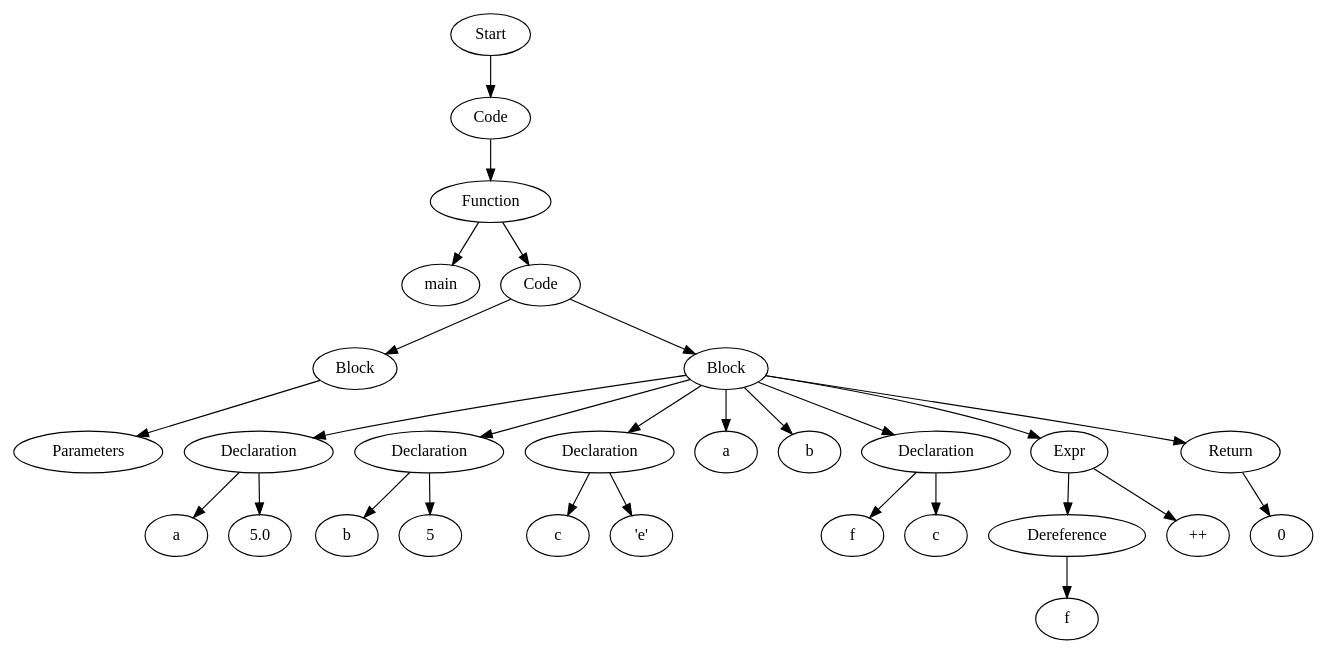
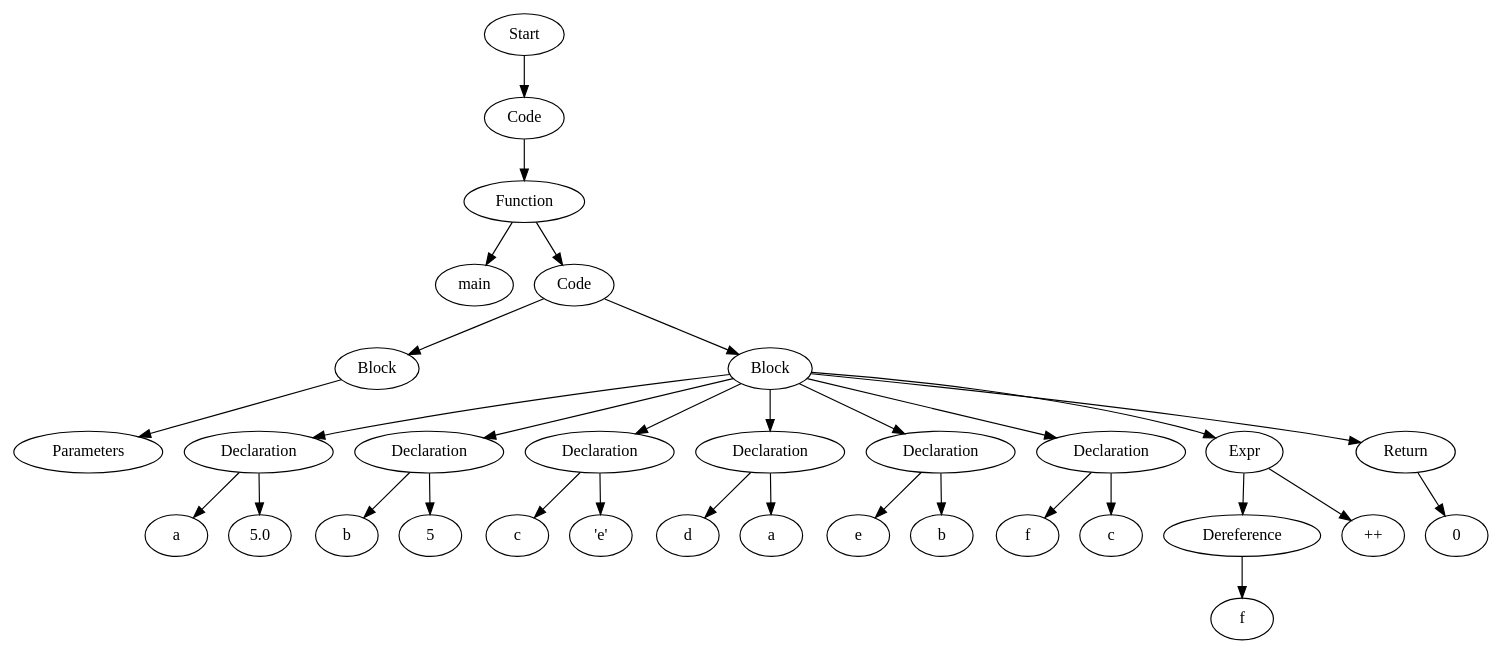
One commit to Are-you-listening/Compilers changed the diagram in example_source_files/12_pointers_to_const_values/12_pointers_to_const_values_ast.dot. Above: the diagram before and after it, drawn with Graphviz. The commit also changed 413 other files, not shown here.

```diff
--- a/example_source_files/12_pointers_to_const_values/12_pointers_to_const_values_ast.dot
+++ b/example_source_files/12_pointers_to_const_values/12_pointers_to_const_values_ast.dot
@@ -1,57 +1,65 @@
 digraph AST {
-  "138081629205840" [label="Start"];
-  "138081629205840" -> "138081629202960";
-  "138081629202960" [label="Code"];
-  "138081629202960" -> "138081629198400";
-  "138081629198400" [label="Function"];
-  "138081629198400" -> "138081629206464";
-  "138081629198400" -> "138081629195760";
-  "138081629206464" [label="main"];
-  "138081629195760" [label="Code"];
-  "138081629195760" -> "138081629415424";
-  "138081629195760" -> "138081629406256";
-  "138081629415424" [label="Block"];
-  "138081629415424" -> "138081629199984";
-  "138081629199984" [label="Parameters"];
-  "138081629406256" [label="Block"];
-  "138081629406256" -> "138081629200416";
-  "138081629406256" -> "138081629207328";
-  "138081629406256" -> "138081629407696";
-  "138081629406256" -> "138081629420128";
-  "138081629406256" -> "138081629411440";
-  "138081629406256" -> "138081629415760";
-  "138081629406256" -> "138081629364304";
-  "138081629406256" -> "138081629365216";
-  "138081629200416" [label="Declaration"];
-  "138081629200416" -> "138081629198928";
-  "138081629200416" -> "138081629207040";
-  "138081629198928" [label="a"];
-  "138081629207040" [label="5.0"];
-  "138081629207328" [label="Declaration"];
-  "138081629207328" -> "138081629202432";
-  "138081629207328" -> "138081629420416";
-  "138081629202432" [label="b"];
-  "138081629420416" [label="5"];
-  "138081629407696" [label="Declaration"];
-  "138081629407696" -> "138081629411584";
-  "138081629407696" -> "138081629419744";
-  "138081629411584" [label="c"];
-  "138081629419744" [label="'e'"];
-  "138081629420128" [label="a"];
-  "138081629411440" [label="b"];
-  "138081629415760" [label="Declaration"];
-  "138081629415760" -> "138081629405728";
-  "138081629415760" -> "138081629361808";
-  "138081629405728" [label="f"];
-  "138081629361808" [label="c"];
-  "138081629364304" [label="Expr"];
-  "138081629364304" -> "138081629361280";
-  "138081629364304" -> "138081629370592";
-  "138081629361280" [label="Dereference"];
-  "138081629361280" -> "138081629367760";
-  "138081629367760" [label="f"];
-  "138081629370592" [label="++"];
-  "138081629365216" [label="Return"];
-  "138081629365216" -> "138081629362000";
-  "138081629362000" [label="0"];
+  "131879696016352" [label="Start"];
+  "131879696016352" -> "131879696014960";
+  "131879696014960" [label="Code"];
+  "131879696014960" -> "131879696015296";
+  "131879696015296" [label="Function"];
+  "131879696015296" -> "131879694574368";
+  "131879696015296" -> "131879694574128";
+  "131879694574368" [label="main"];
+  "131879694574128" [label="Code"];
+  "131879694574128" -> "131879694693184";
+  "131879694574128" -> "131879694625392";
+  "131879694693184" [label="Block"];
+  "131879694693184" -> "131879694574896";
+  "131879694574896" [label="Parameters"];
+  "131879694625392" [label="Block"];
+  "131879694625392" -> "131879694571920";
+  "131879694625392" -> "131879694570480";
+  "131879694625392" -> "131879694618672";
+  "131879694625392" -> "131879694622464";
+  "131879694625392" -> "131879694223776";
+  "131879694625392" -> "131879694224064";
+  "131879694625392" -> "131879693391936";
+  "131879694625392" -> "131879693392896";
+  "131879694571920" [label="Declaration"];
+  "131879694571920" -> "131879694574848";
+  "131879694571920" -> "131879694576720";
+  "131879694574848" [label="a"];
+  "131879694576720" [label="5.0"];
+  "131879694570480" [label="Declaration"];
+  "131879694570480" -> "131879694577248";
+  "131879694570480" -> "131879694566112";
+  "131879694577248" [label="b"];
+  "131879694566112" [label="5"];
+  "131879694618672" [label="Declaration"];
+  "131879694618672" -> "131879694615360";
+  "131879694618672" -> "131879694628368";
+  "131879694615360" [label="c"];
+  "131879694628368" [label="'e'"];
+  "131879694622464" [label="Declaration"];
+  "131879694622464" -> "131879694621168";
+  "131879694622464" -> "131879694230448";
+  "131879694621168" [label="d"];
+  "131879694230448" [label="a"];
+  "131879694223776" [label="Declaration"];
+  "131879694223776" -> "131879694230544";
+  "131879694223776" -> "131879694223680";
+  "131879694230544" [label="e"];
+  "131879694223680" [label="b"];
+  "131879694224064" [label="Declaration"];
+  "131879694224064" -> "131879693386992";
+  "131879694224064" -> "131879693391552";
+  "131879693386992" [label="f"];
+  "131879693391552" [label="c"];
+  "131879693391936" [label="Expr"];
+  "131879693391936" -> "131879693393328";
+  "131879693391936" -> "131879693392560";
+  "131879693393328" [label="Dereference"];
+  "131879693393328" -> "131879693392512";
+  "131879693392512" [label="f"];
+  "131879693392560" [label="++"];
+  "131879693392896" [label="Return"];
+  "131879693392896" -> "131879693393616";
+  "131879693393616" [label="0"];
 }
```
